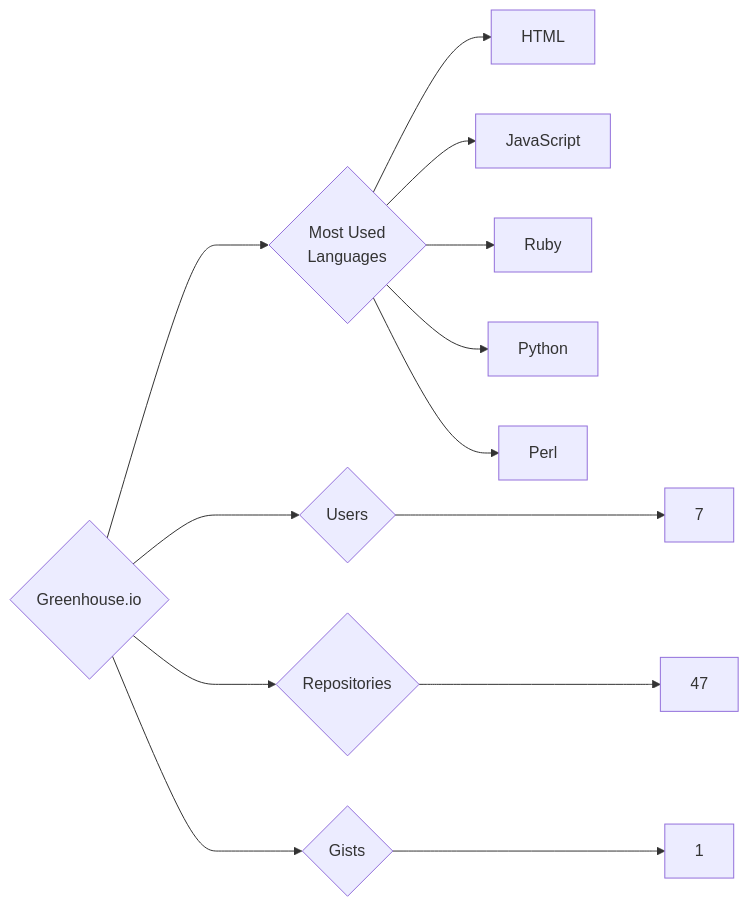
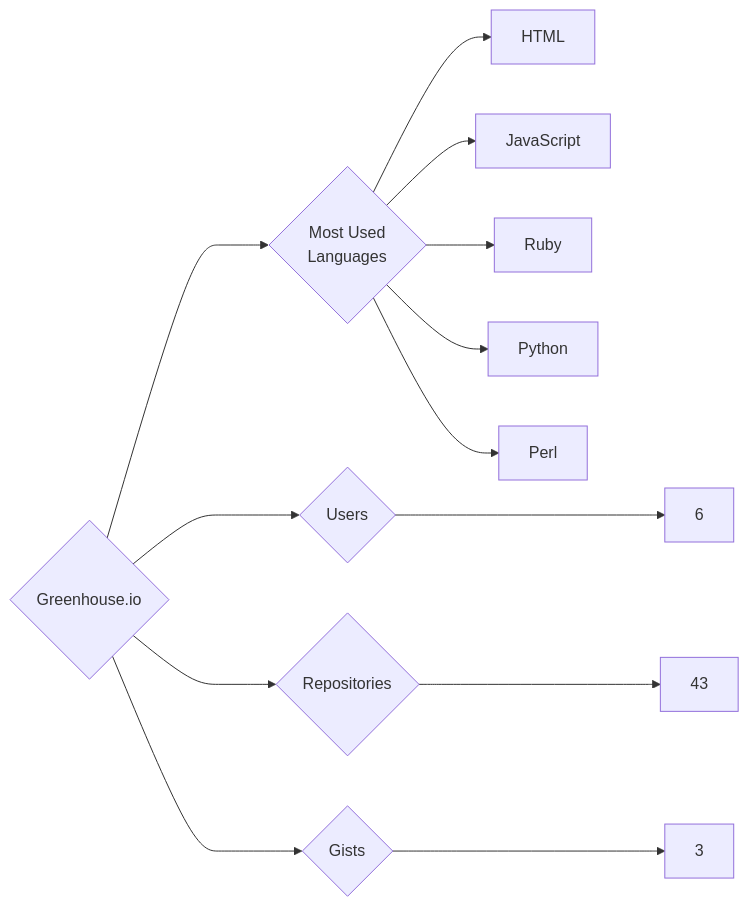
One commit to trickest/insiders changed the diagram in targets/Greenhouse.io/README.md. Above: the diagram before and after it, drawn with Mermaid. The commit also changed 840 other files, not shown here.

````diff
--- a/targets/Greenhouse.io/README.md
+++ b/targets/Greenhouse.io/README.md
@@ -3,13 +3,13 @@
 ```mermaid
 graph LR
 COMPANY_NAME{Greenhouse.io}
-COMPANY_NAME ---> U{Users} ---> UN[7]
-COMPANY_NAME ---> R{Repositories} ---> RN[47]
-COMPANY_NAME ---> G{Gists} ---> GN[1]
+COMPANY_NAME ---> U{Users} ---> UN[6]
+COMPANY_NAME ---> R{Repositories} ---> RN[43]
+COMPANY_NAME ---> G{Gists} ---> GN[3]
 COMPANY_NAME ---> ML{Most Used<br>Languages}
 ML --> HTML[HTML]
 ML --> JavaScript[JavaScript]
 ML --> Ruby[Ruby]
 ML --> Python[Python]
 ML --> Perl[Perl]
 ```
````
